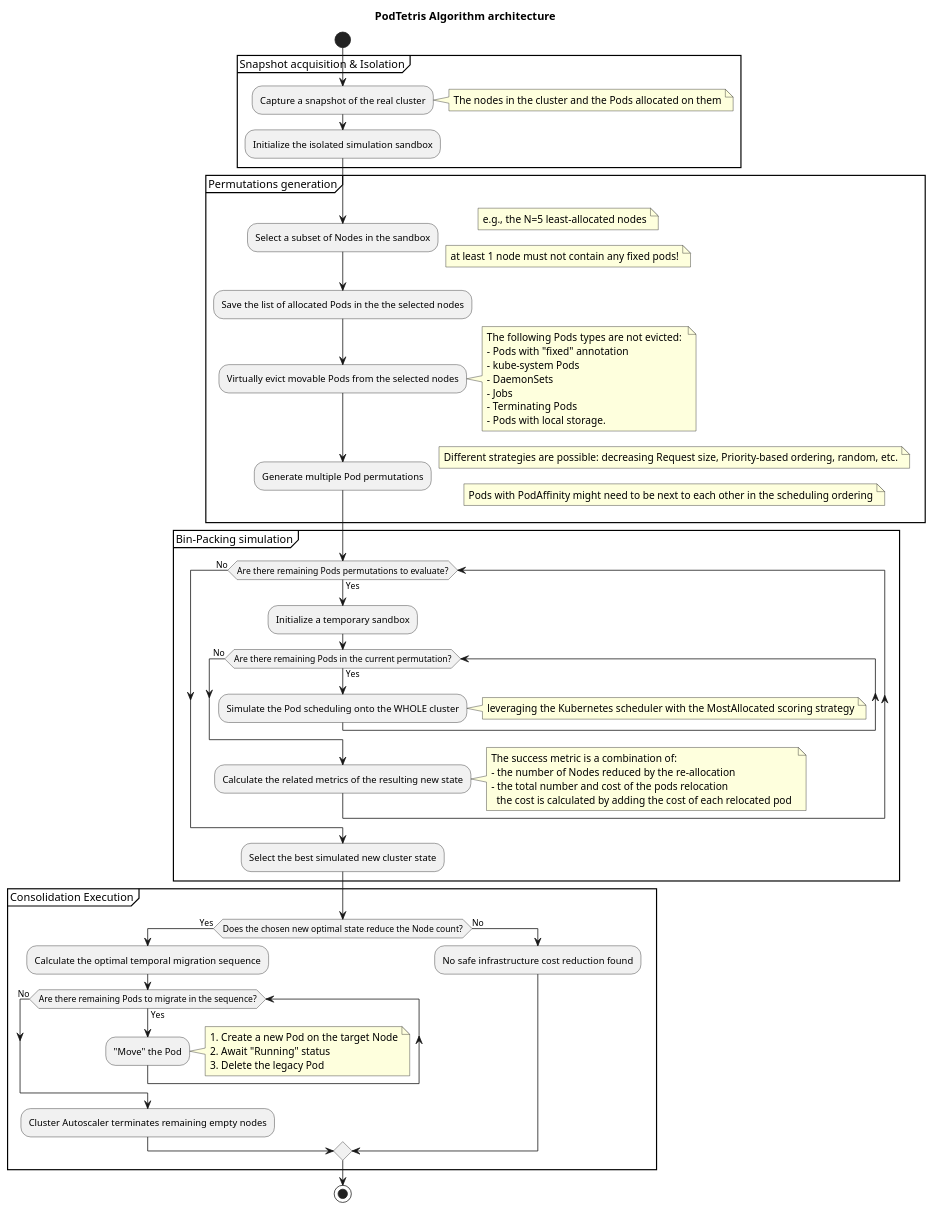
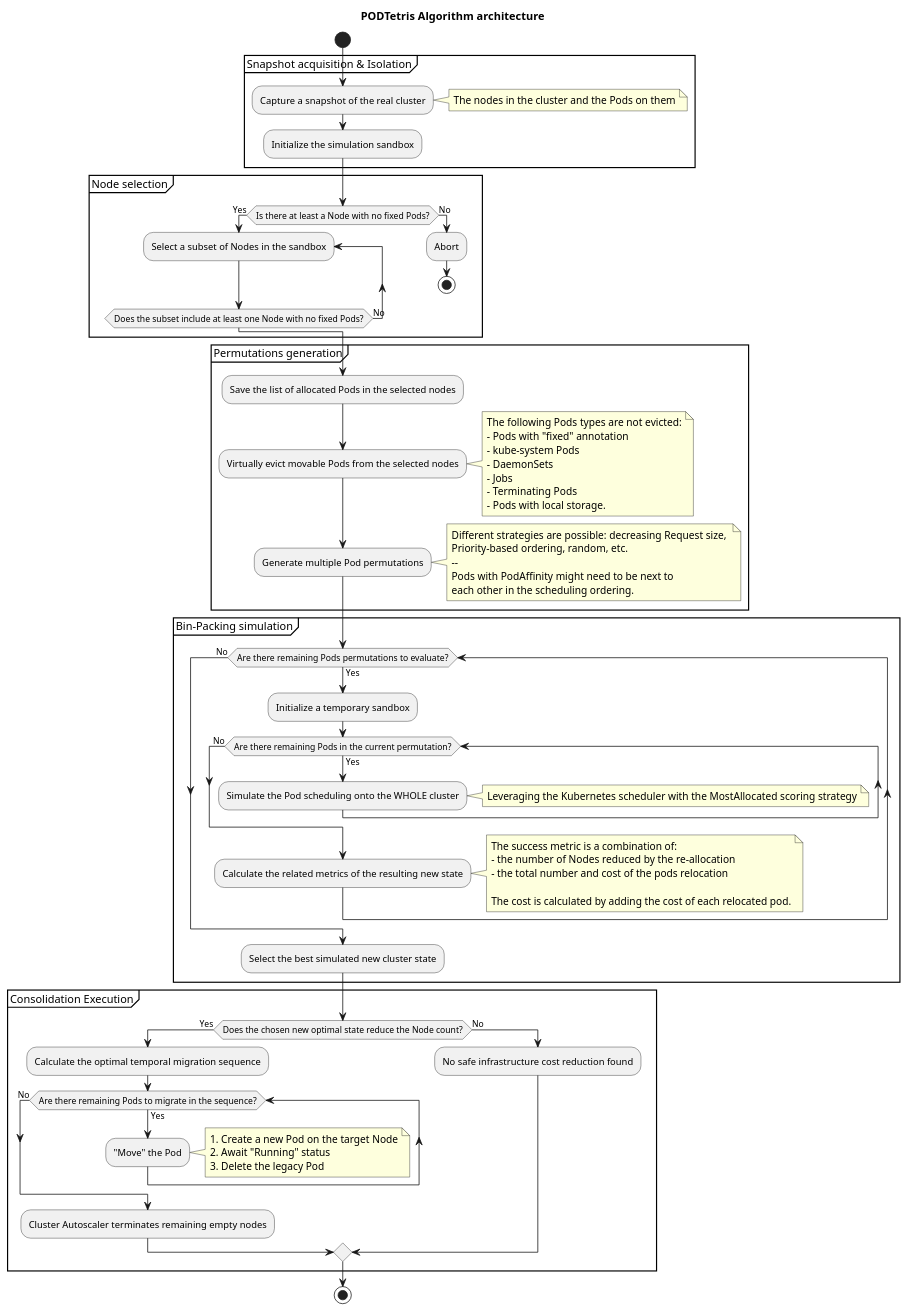
Before and after one commit to andreabuon/podtetris: the diagram in docs/algorithm-plantUML.puml, drawn with PlantUML.

Commit message:
docs(plantUML): improve node selection docs

```diff
--- a/docs/algorithm-plantUML.puml
+++ b/docs/algorithm-plantUML.puml
@@ -1,72 +1,88 @@
-@startuml
+@startuml PODTetris
 
-title PodTetris Algorithm architecture
+title PODTetris Algorithm architecture
 
 start
 
 partition "Snapshot acquisition & Isolation" {
     :Capture a snapshot of the real cluster;
-    note right: The nodes in the cluster and the Pods allocated on them
-    :Initialize the isolated simulation sandbox;
+    note right: The nodes in the cluster and the Pods on them
+    :Initialize the simulation sandbox;
+}
+
+partition "Node selection" {
+    if (Is there at least a Node with no fixed Pods?) then (Yes)
+        repeat :Select a subset of Nodes in the sandbox;
+        note right: e.g., the N=5 least-allocated Nodes
+    repeat while (Does the subset include at least one Node with no fixed Pods?) is (No)
+    else (No)
+        :Abort;
+        stop
+    endif
 }
 
 partition "Permutations generation" {
-    :Select a subset of Nodes in the sandbox;
-    note right: e.g., the N=5 least-allocated nodes
-    note right: at least 1 node must not contain any fixed pods!
-    :Save the list of allocated Pods in the the selected nodes;
+    :Save the list of allocated Pods in the selected nodes;
     :Virtually evict movable Pods from the selected nodes;
     note right
-    The following Pods types are not evicted: 
-    - Pods with "fixed" annotation
-    - kube-system Pods
-    - DaemonSets
-    - Jobs
-    - Terminating Pods
-    - Pods with local storage.
+        The following Pods types are not evicted:
+        - Pods with "fixed" annotation
+        - kube-system Pods
+        - DaemonSets
+        - Jobs
+        - Terminating Pods
+        - Pods with local storage.
     end note
+    
     :Generate multiple Pod permutations;
-    note right: Different strategies are possible: decreasing Request size, Priority-based ordering, random, etc.
-    note right: Pods with PodAffinity might need to be next to each other in the scheduling ordering
+    note right
+        Different strategies are possible: decreasing Request size, 
+        Priority-based ordering, random, etc.
+        --
+        Pods with PodAffinity might need to be next to 
+        each other in the scheduling ordering.
+    end note
 }
 
 partition "Bin-Packing simulation" {
     while (Are there remaining Pods permutations to evaluate?) is (Yes)
         :Initialize a temporary sandbox;
         while (Are there remaining Pods in the current permutation?) is (Yes)
             :Simulate the Pod scheduling onto the WHOLE cluster;
-            note right: leveraging the Kubernetes scheduler with the MostAllocated scoring strategy
+            note right: Leveraging the Kubernetes scheduler with the MostAllocated scoring strategy
         endwhile (No)
+        
         :Calculate the related metrics of the resulting new state;
         note right
-        The success metric is a combination of: 
-        - the number of Nodes reduced by the re-allocation
-        - the total number and cost of the pods relocation
-          the cost is calculated by adding the cost of each relocated pod 
+            The success metric is a combination of:
+            - the number of Nodes reduced by the re-allocation
+            - the total number and cost of the pods relocation
+            
+            The cost is calculated by adding the cost of each relocated pod.
         end note
     endwhile (No)
-    
+
     :Select the best simulated new cluster state;
 }
 
 partition "Consolidation Execution" {
     if (Does the chosen new optimal state reduce the Node count?) then (Yes)
         :Calculate the optimal temporal migration sequence;
-        
+
         while (Are there remaining Pods to migrate in the sequence?) is (Yes)
             :"Move" the Pod;
             note right
                 1. Create a new Pod on the target Node
                 2. Await "Running" status
                 3. Delete the legacy Pod
-            endnote
+            end note
         endwhile (No)
-        
+
         :Cluster Autoscaler terminates remaining empty nodes;
     else (No)
         :No safe infrastructure cost reduction found;
     endif
 }
 
 stop
-@endum
+@enduml
```
